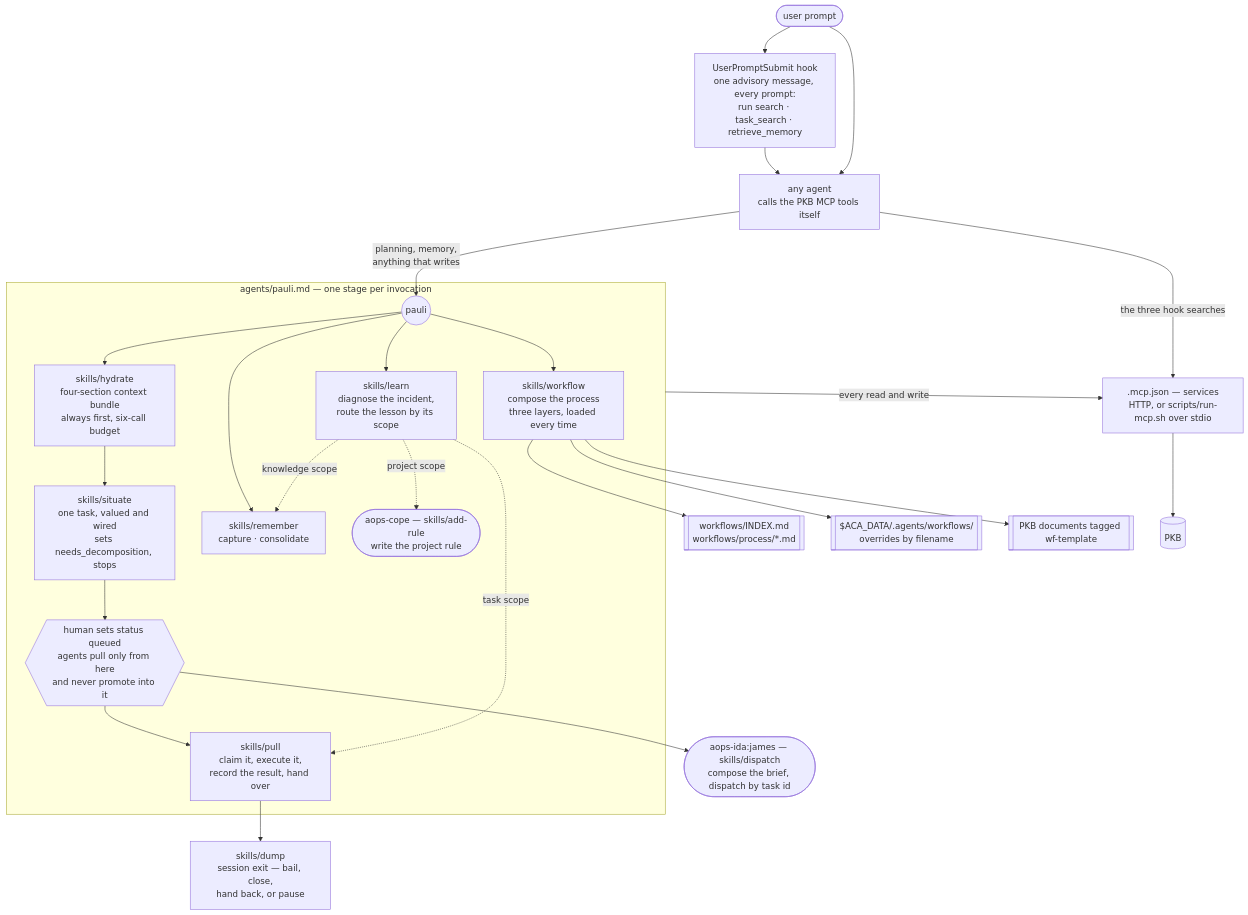
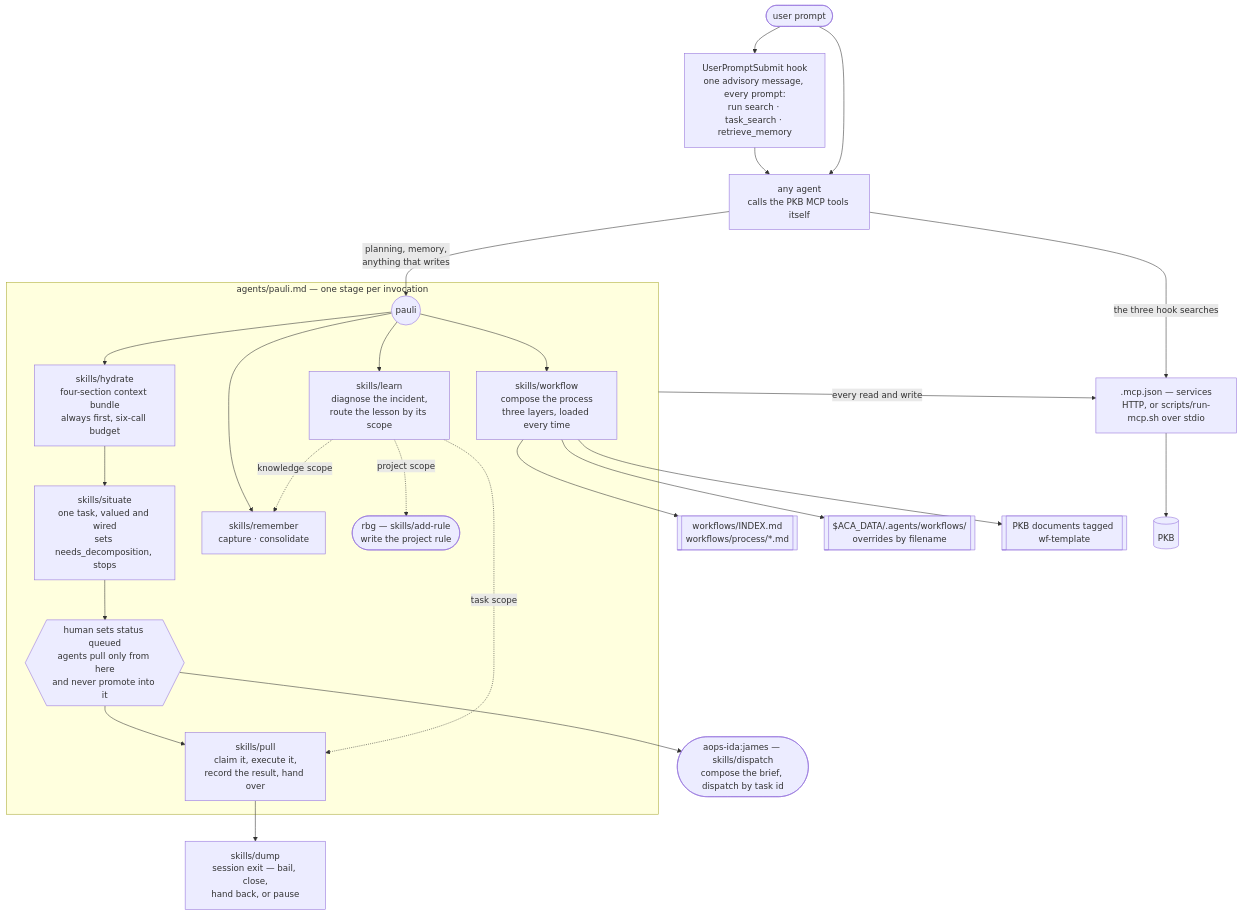
One commit to nicsuzor/academicOps changed the diagram in plugins/pkb/README.md. Above: the diagram before and after it, drawn with Mermaid. The commit also changed 12 other files, not shown here.

````diff
--- a/plugins/pkb/README.md
+++ b/plugins/pkb/README.md
@@ -8,40 +8,40 @@
 ```mermaid
 flowchart TD
     prompt([user prompt]) --> hook
 
     hook["UserPromptSubmit hook<br/>one advisory message, every prompt:<br/>run search · task_search · retrieve_memory"]
     hook --> agent
     prompt --> agent["any agent<br/>calls the PKB MCP tools itself"]
 
     agent -- "planning, memory,<br/>anything that writes" --> pauli
 
     subgraph pkbwrite["agents/pauli.md — one stage per invocation"]
         pauli(("pauli"))
         pauli --> hydrate["skills/hydrate<br/>four-section context bundle<br/>always first, six-call budget"]
 
         hydrate --> situate["skills/situate<br/>one task, valued and wired<br/>sets needs_decomposition, stops"]
         situate --> gate{{"human sets status queued<br/>agents pull only from here<br/>and never promote into it"}}
         gate --> pull["skills/pull<br/>claim it, execute it,<br/>record the result, hand over"]
 
         pauli --> composer["skills/workflow<br/>compose the process<br/>three layers, loaded every time"]
         pauli --> remember["skills/remember<br/>capture · consolidate"]
         pauli --> learn["skills/learn<br/>diagnose the incident,<br/>route the lesson by its scope"]
 
         learn -. knowledge scope .-> remember
-        learn -. project scope .-> addrule(["aops-cope — skills/add-rule<br/>write the project rule"])
+        learn -. project scope .-> addrule(["rbg — skills/add-rule<br/>write the project rule"])
         learn -. task scope .-> pull
     end
 
     pull --> dump["skills/dump<br/>session exit — bail, close,<br/>hand back, or pause"]
 
     composer --> library[["workflows/INDEX.md<br/>workflows/process/*.md"]]
     composer --> userlayer[["$ACA_DATA/.agents/workflows/<br/>overrides by filename"]]
     composer --> wftemplates[["PKB documents tagged wf-template"]]
 
     pkbwrite -- "every read and write" --> mcp
     agent -- "the three hook searches" --> mcp
 
     mcp[".mcp.json — services<br/>HTTP, or scripts/run-mcp.sh over stdio"] --> pkbstore[(PKB)]
 
     gate --> dispatch(["aops-ida:james — skills/dispatch<br/>compose the brief, dispatch by task id"])
 ```
````
